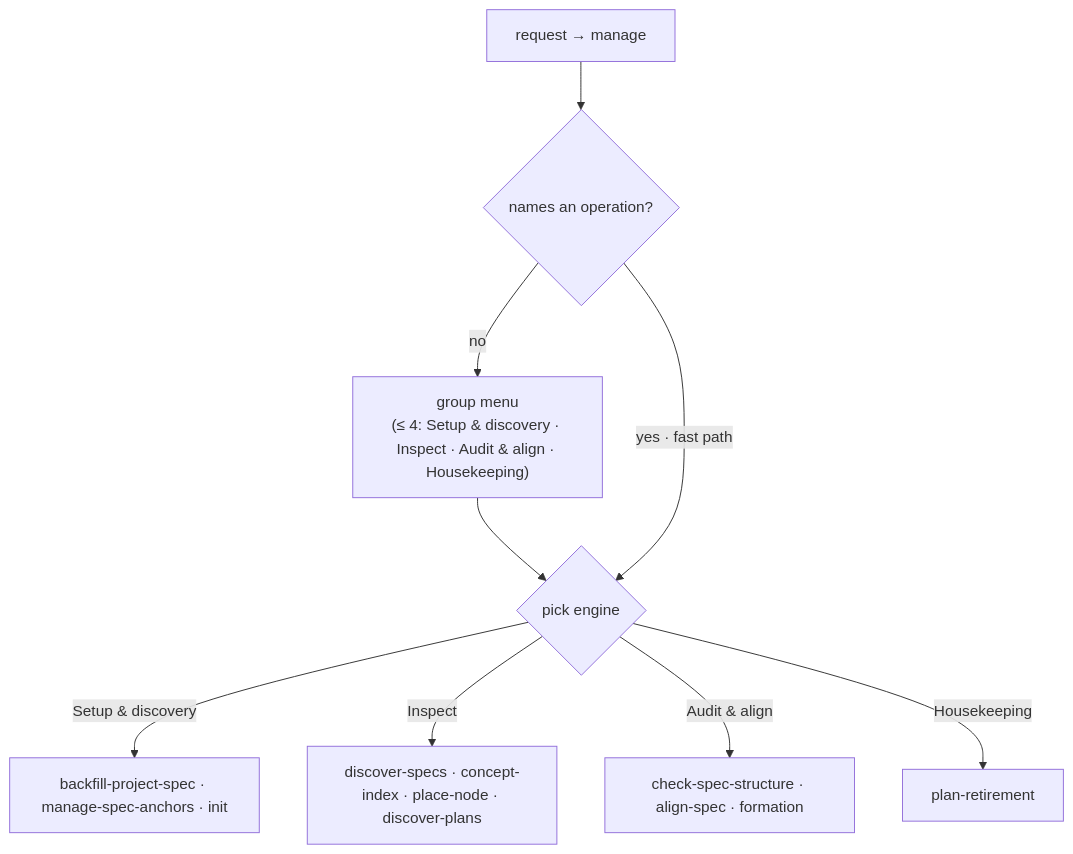
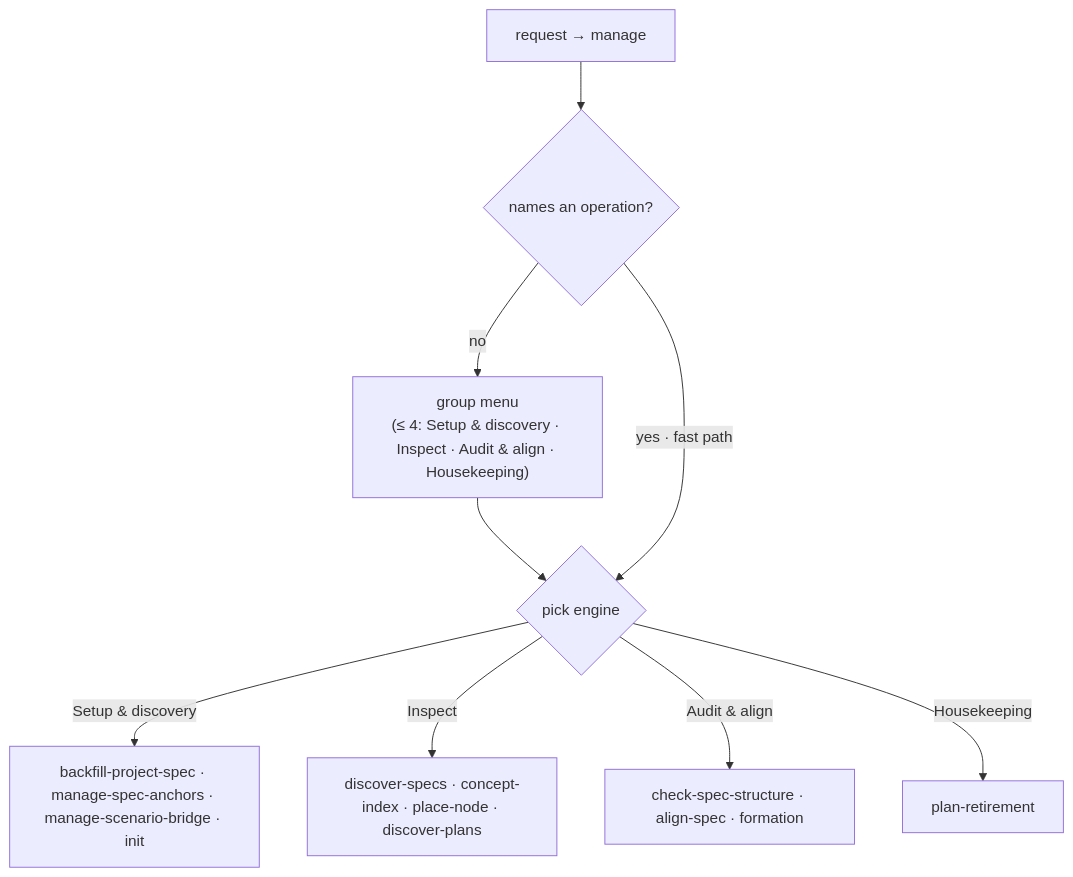
The diagram in .agents/specs/sdd/gateway/manage/README.md (cyberuni/cyber-sdd), drawn with Mermaid before and after one commit. The commit also changed other lines of this file and 9 other files, not shown here.

First line of the commit message:
docs(sdd): decouple feature-root from bridge/report-root, own the scenario-bridge config

````diff
--- a/.agents/specs/sdd/gateway/manage/README.md
+++ b/.agents/specs/sdd/gateway/manage/README.md
@@ -60,10 +61,10 @@
 ```mermaid
 flowchart TD
     REQ["request → manage"] --> BARE{"names an operation?"}
     BARE -->|no| GROUPS["group menu<br/>(≤ 4: Setup &amp; discovery · Inspect · Audit &amp; align · Housekeeping)"] --> PICK{pick engine}
     BARE -->|yes · fast path| PICK
-    PICK -->|Setup &amp; discovery| SD["backfill-project-spec · manage-spec-anchors · init"]
+    PICK -->|Setup &amp; discovery| SD["backfill-project-spec · manage-spec-anchors · manage-scenario-bridge · init"]
     PICK -->|Inspect| INS["discover-specs · concept-index · place-node · discover-plans"]
     PICK -->|Audit &amp; align| AUD["check-spec-structure · align-spec · formation"]
     PICK -->|Housekeeping| HK["plan-retirement"]
 ```
````
